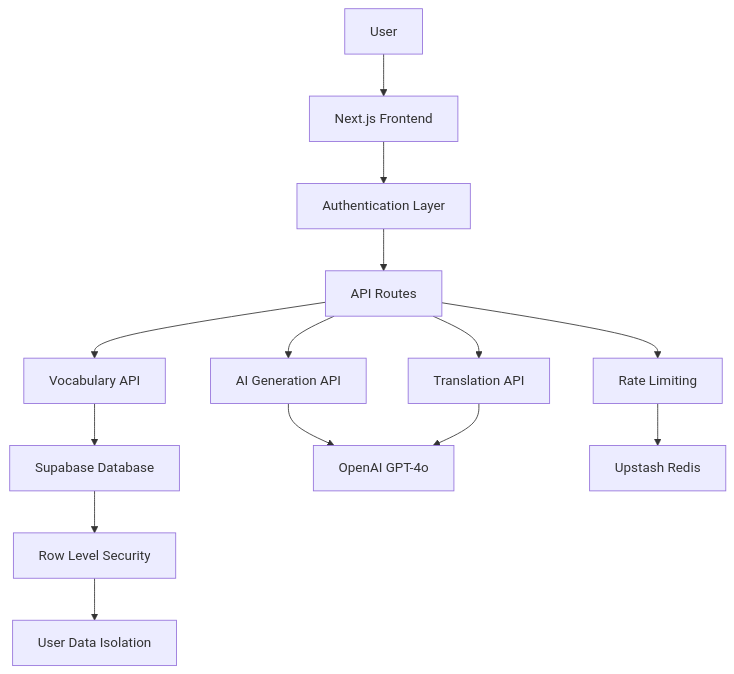
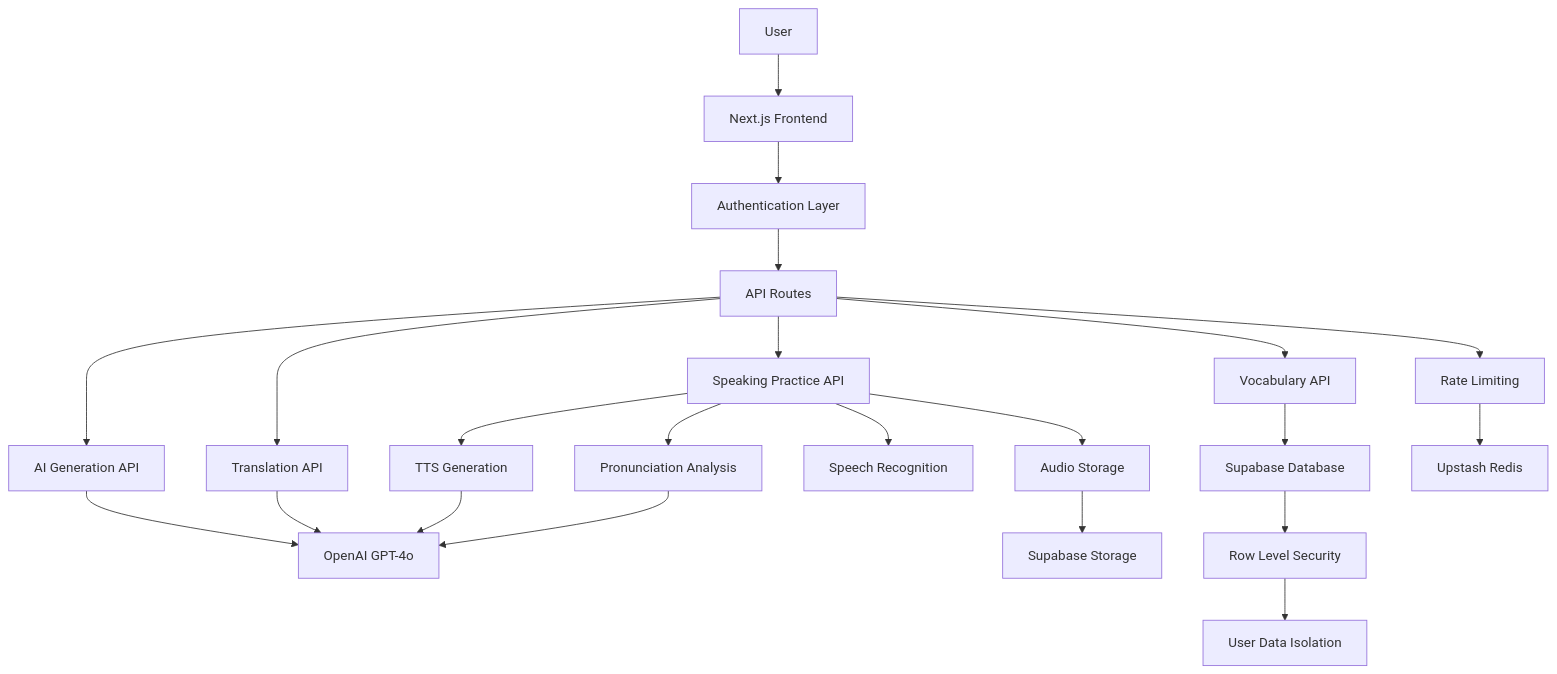
Before and after one commit to benjaminlim00/learnthai: the diagram in TECHNICAL_ARCHITECTURE.md, drawn with Mermaid. The commit also changed other lines of this file and 17 other files, not shown here.

````diff
--- a/TECHNICAL_ARCHITECTURE.md
+++ b/TECHNICAL_ARCHITECTURE.md
@@ -48,20 +51,29 @@
 ```mermaid
 graph TB
     A[User] --> B[Next.js Frontend]
     B --> C[Authentication Layer]
     C --> D[API Routes]
 
     D --> E[Vocabulary API]
     D --> F[AI Generation API]
     D --> G[Translation API]
+    D --> H[Speaking Practice API]
 
-    E --> H[Supabase Database]
-    F --> I[OpenAI GPT-4o]
-    G --> I
+    E --> I[Supabase Database]
+    F --> J[OpenAI GPT-4o]
+    G --> J
+    H --> K[TTS Generation]
+    H --> L[Speech Recognition]
+    H --> M[Audio Storage]
+    H --> N[Pronunciation Analysis]
 
-    D --> J[Rate Limiting]
-    J --> K[Upstash Redis]
+    K --> J
+    M --> O[Supabase Storage]
+    N --> J
 
-    H --> L[Row Level Security]
-    L --> M[User Data Isolation]
+    D --> P[Rate Limiting]
+    P --> Q[Upstash Redis]
+
+    I --> R[Row Level Security]
+    R --> S[User Data Isolation]
 ```
````
